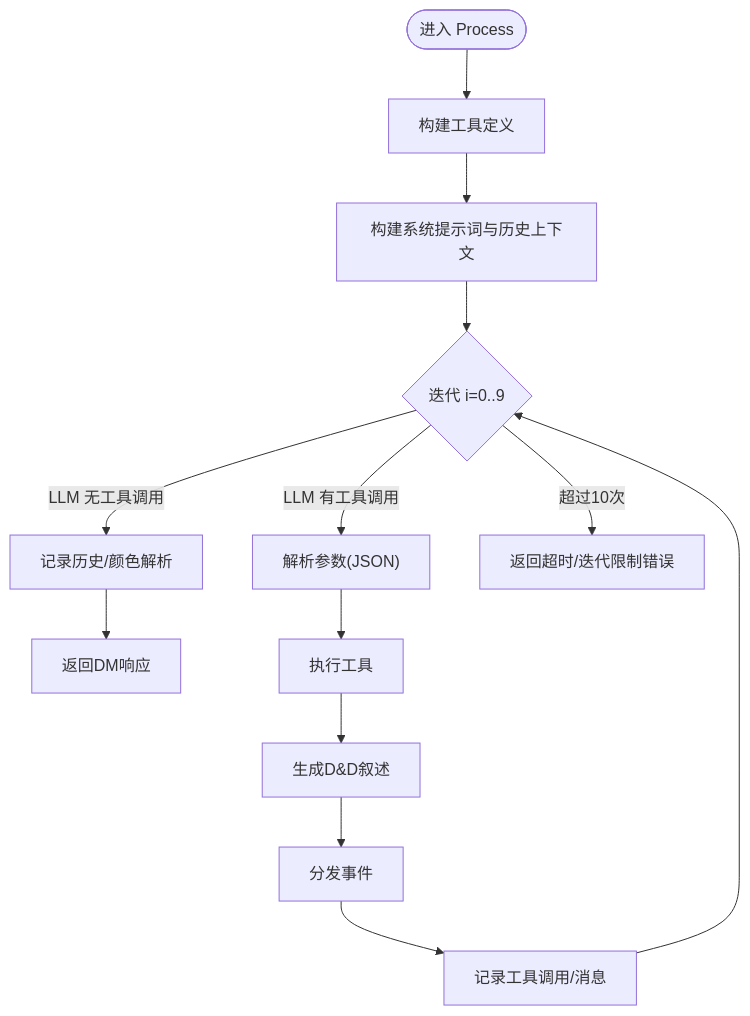
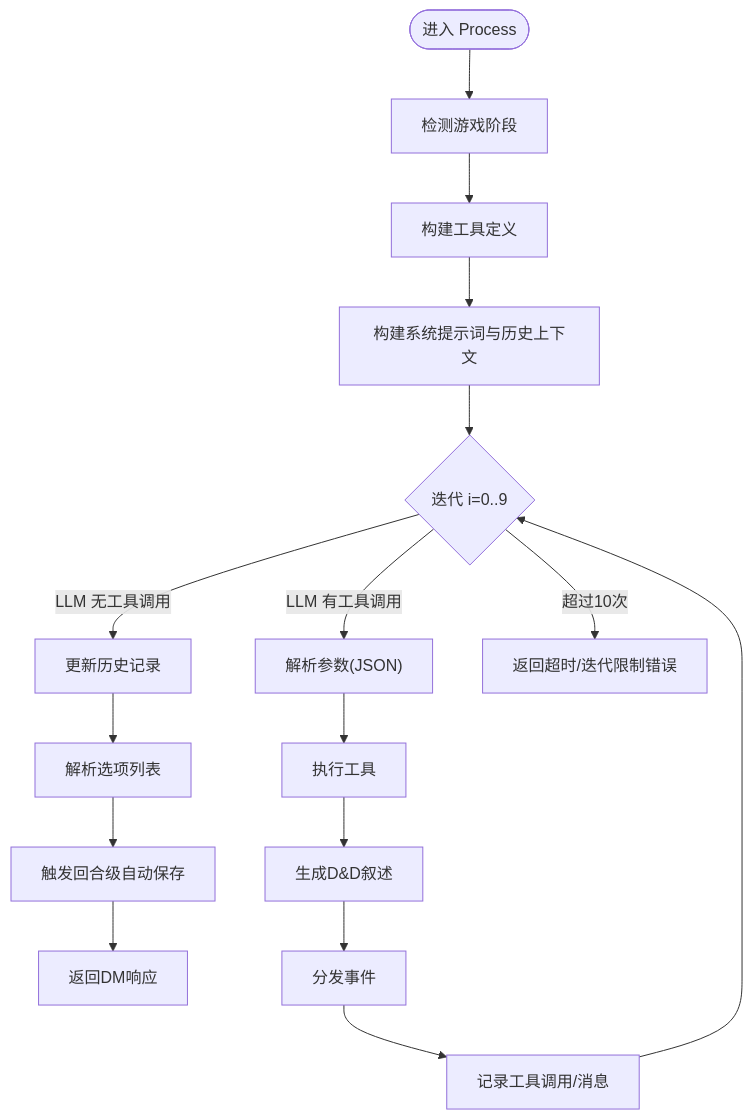
The third of 9 diagrams in .qoder/repowiki/zh/content/游戏引擎架构/智能代理循环.md (zwh8800/cdnd), drawn with Mermaid before and after one commit. The commit also changed other lines of this file and 11 other files, not shown here.

````diff
--- a/.qoder/repowiki/zh/content/游戏引擎架构/智能代理循环.md
+++ b/.qoder/repowiki/zh/content/游戏引擎架构/智能代理循环.md
@@ -196,14 +204,18 @@
 ```mermaid
 flowchart TD
-Start(["进入 Process"]) --> BuildDefs["构建工具定义"]
+Start(["进入 Process"]) --> DetectPhase["检测游戏阶段"]
+DetectPhase --> BuildDefs["构建工具定义"]
 BuildDefs --> BuildPrompt["构建系统提示词与历史上下文"]
 BuildPrompt --> Loop{"迭代 i=0..9"}
-Loop --> |LLM 无工具调用| Finalize["记录历史/颜色解析"] --> Return["返回DM响应"]
+Loop --> |LLM 无工具调用| UpdateHistory["更新历史记录"]
+UpdateHistory --> ParseOptions["解析选项列表"]
+ParseOptions --> TriggerAutosave["触发回合级自动保存"]
+TriggerAutosave --> Return["返回DM响应"]
 Loop --> |LLM 有工具调用| ParseArgs["解析参数(JSON)"]
 ParseArgs --> ExecTool["执行工具"]
 ExecTool --> GenNarr["生成D&D叙述"]
 GenNarr --> Dispatch["分发事件"]
 Dispatch --> Record["记录工具调用/消息"]
 Record --> Loop
 Loop --> |超过10次| Timeout["返回超时/迭代限制错误"]
 ```
````
